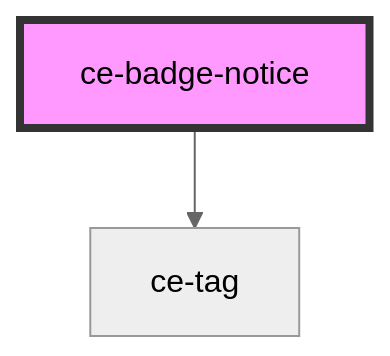
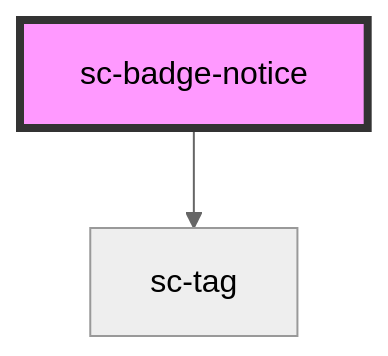
Before and after one commit to surecart/surecart-wp-plugin: the diagram in packages/components/src/components/ui/badge-notice/readme.md, drawn with Mermaid (neutral theme). The commit also changed other lines of this file and 1281 other files, not shown here.

````diff
--- a/packages/components/src/components/ui/badge-notice/readme.md
+++ b/packages/components/src/components/ui/badge-notice/readme.md
@@ -24,5 +24,5 @@
 ```mermaid
 graph TD;
-  ce-badge-notice --> ce-tag
-  style ce-badge-notice fill:#f9f,stroke:#333,stroke-width:4px
+  sc-badge-notice --> sc-tag
+  style sc-badge-notice fill:#f9f,stroke:#333,stroke-width:4px
 ```
````
